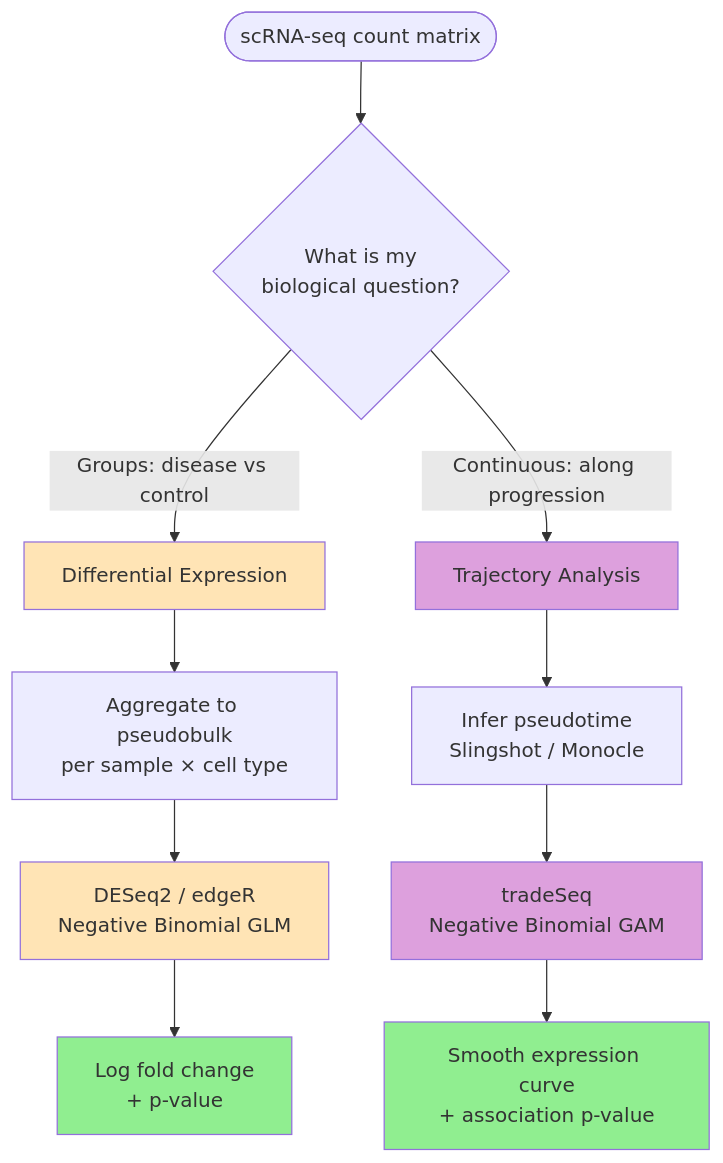
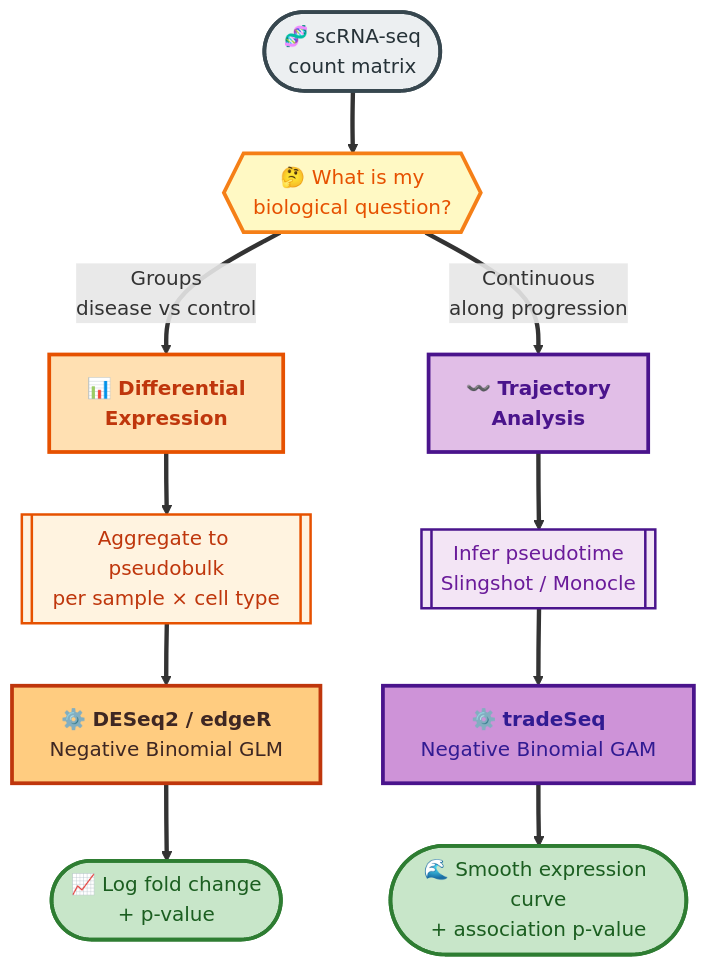
One commit to ramadatta/ramadatta.github.io changed the third of 4 diagrams in _posts/2026-04-13-LM-vs-GLM-vs-GAM.md. Above: the diagram before and after it, drawn with Mermaid. The commit also changed other lines of this file, not shown here.

Commit message:
Blog Post: When to Reach for LM, GLM, or GAM

```diff
--- a/_posts/2026-04-13-LM-vs-GLM-vs-GAM.md
+++ b/_posts/2026-04-13-LM-vs-GLM-vs-GAM.md
@@ -216,24 +213,29 @@
-<div class="mermaid">
+<div class="mermaid" style="display: flex; justify-content: center;">
 flowchart TB
-    Start([scRNA-seq count matrix])
+    Start(["🧬 scRNA-seq<br/>count matrix"])
+    Q{{"🤔 What is my<br/>biological question?"}}
 
-    Start --> Q{What is my<br/>biological question?}
+    Start ==> Q
 
-    Q -->|Groups: disease vs control| DGE[Differential Expression]
-    Q -->|Continuous: along progression| TRAJ[Trajectory Analysis]
+    Q ==>|"Groups<br/>disease vs control"| DGE["📊 <b>Differential<br/>Expression</b>"]
+    Q ==>|"Continuous<br/>along progression"| TRAJ["〰️ <b>Trajectory<br/>Analysis</b>"]
 
-    DGE --> PB[Aggregate to pseudobulk<br/>per sample × cell type]
-    PB --> GLM_Tool[DESeq2 / edgeR<br/>Negative Binomial GLM]
-    GLM_Tool --> GLM_Out[Log fold change<br/>+ p-value]
+    DGE ==> PB[["Aggregate to pseudobulk<br/>per sample × cell type"]]
+    PB ==> GLM_Tool["⚙️ <b>DESeq2 / edgeR</b><br/>Negative Binomial GLM"]
+    GLM_Tool ==> GLM_Out(["📈 Log fold change<br/>+ p-value"])
 
-    TRAJ --> PT[Infer pseudotime<br/>Slingshot / Monocle]
-    PT --> GAM_Tool[tradeSeq<br/>Negative Binomial GAM]
-    GAM_Tool --> GAM_Out[Smooth expression curve<br/>+ association p-value]
+    TRAJ ==> PT[["Infer pseudotime<br/>Slingshot / Monocle"]]
+    PT ==> GAM_Tool["⚙️ <b>tradeSeq</b><br/>Negative Binomial GAM"]
+    GAM_Tool ==> GAM_Out(["🌊 Smooth expression curve<br/>+ association p-value"])
 
-    style DGE fill:#FFE4B5
-    style TRAJ fill:#DDA0DD
-    style GLM_Tool fill:#FFE4B5
-    style GAM_Tool fill:#DDA0DD
-    style GLM_Out fill:#90EE90
-    style GAM_Out fill:#90EE90
+    style Start fill:#ECEFF1,stroke:#37474F,stroke-width:3px,color:#263238
+    style Q fill:#FFF9C4,stroke:#F57F17,stroke-width:3px,color:#E65100
+    style DGE fill:#FFE0B2,stroke:#E65100,stroke-width:3px,color:#BF360C
+    style TRAJ fill:#E1BEE7,stroke:#4A148C,stroke-width:3px,color:#4A148C
+    style PB fill:#FFF3E0,stroke:#E65100,stroke-width:2px,color:#BF360C
+    style PT fill:#F3E5F5,stroke:#4A148C,stroke-width:2px,color:#6A1B9A
+    style GLM_Tool fill:#FFCC80,stroke:#BF360C,stroke-width:3px,color:#3E2723
+    style GAM_Tool fill:#CE93D8,stroke:#4A148C,stroke-width:3px,color:#311B92
+    style GLM_Out fill:#C8E6C9,stroke:#2E7D32,stroke-width:3px,color:#1B5E20
+    style GAM_Out fill:#C8E6C9,stroke:#2E7D32,stroke-width:3px,color:#1B5E20
 </div>
```
